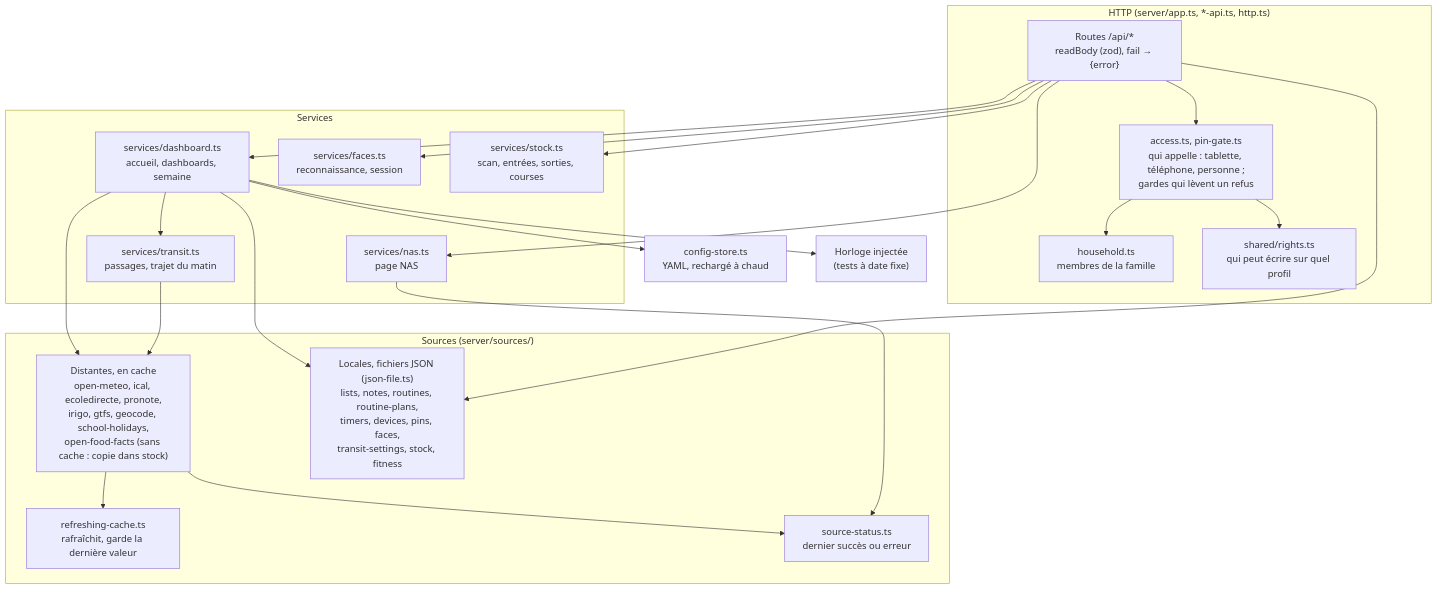
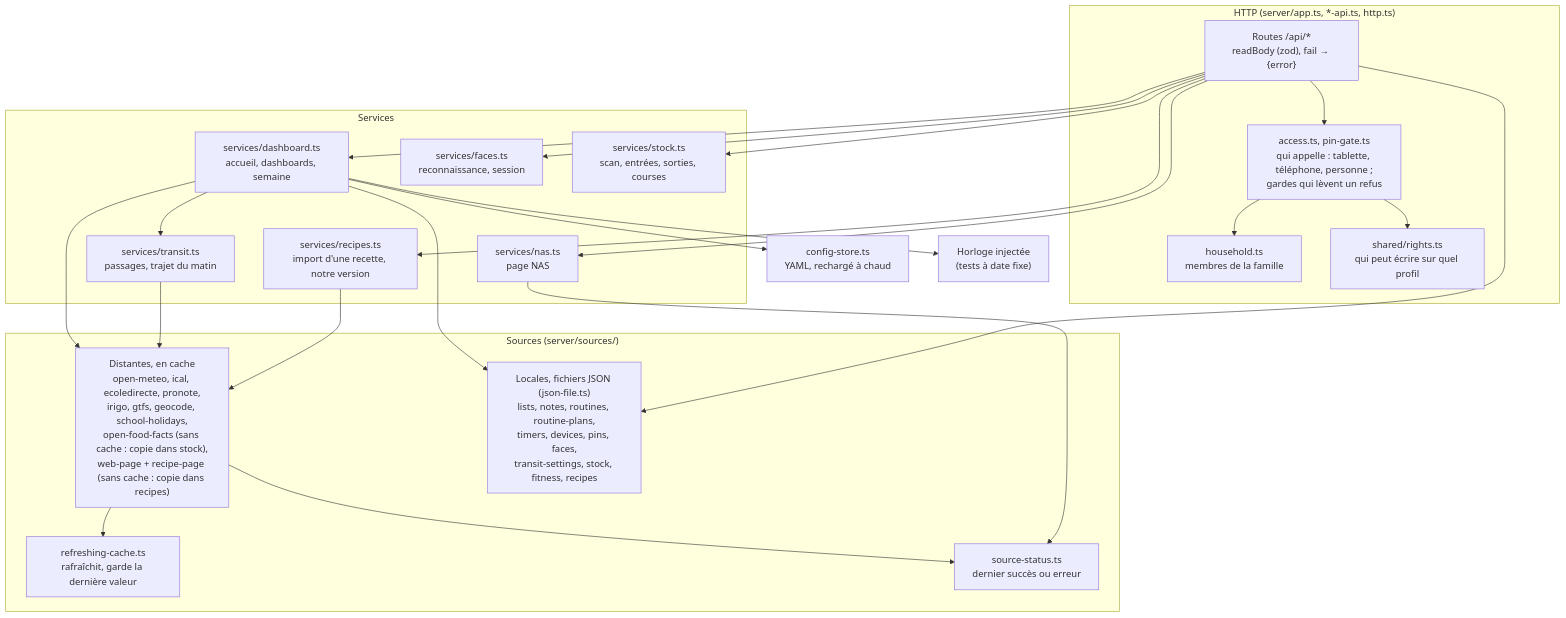
One commit to DeafLight/homehub changed the second of 11 diagrams in docs/architecture.md. Above: the diagram before and after it, drawn with Mermaid. The commit also changed other lines of this file and 80 other files, not shown here.

````diff
--- a/docs/architecture.md
+++ b/docs/architecture.md
@@ -55,36 +56,38 @@
 ```mermaid
 flowchart TB
   subgraph http["HTTP (server/app.ts, *-api.ts, http.ts)"]
     routes["Routes /api/*<br/>readBody (zod), fail → {error}"]
     access["access.ts, pin-gate.ts<br/>qui appelle : tablette, téléphone, personne ;<br/>gardes qui lèvent un refus"]
     household["household.ts<br/>membres de la famille"]
     rights["shared/rights.ts<br/>qui peut écrire sur quel profil"]
   end
   subgraph services["Services"]
     dash["services/dashboard.ts<br/>accueil, dashboards, semaine"]
     transitS["services/transit.ts<br/>passages, trajet du matin"]
     facesS["services/faces.ts<br/>reconnaissance, session"]
     stockS["services/stock.ts<br/>scan, entrées, sorties, courses"]
     nasS["services/nas.ts<br/>page NAS"]
+    recipesS["services/recipes.ts<br/>import d'une recette, notre version"]
   end
   subgraph sources["Sources (server/sources/)"]
-    distant["Distantes, en cache<br/>open-meteo, ical, ecoledirecte, pronote,<br/>irigo, gtfs, geocode, school-holidays,<br/>open-food-facts (sans cache : copie dans stock)"]
-    locales["Locales, fichiers JSON (json-file.ts)<br/>lists, notes, routines, routine-plans,<br/>timers, devices, pins, faces,<br/>transit-settings, stock, fitness"]
+    distant["Distantes, en cache<br/>open-meteo, ical, ecoledirecte, pronote,<br/>irigo, gtfs, geocode, school-holidays,<br/>open-food-facts (sans cache : copie dans stock),<br/>web-page + recipe-page (sans cache : copie dans recipes)"]
+    locales["Locales, fichiers JSON (json-file.ts)<br/>lists, notes, routines, routine-plans,<br/>timers, devices, pins, faces,<br/>transit-settings, stock, fitness, recipes"]
     cache["refreshing-cache.ts<br/>rafraîchit, garde la dernière valeur"]
     status["source-status.ts<br/>dernier succès ou erreur"]
   end
   config["config-store.ts<br/>YAML, rechargé à chaud"]
   horloge["Horloge injectée<br/>(tests à date fixe)"]
 
   routes --> access --> rights
   access --> household
-  routes --> dash & nasS & facesS & stockS
+  routes --> dash & nasS & facesS & stockS & recipesS
+  recipesS --> distant
   dash --> transitS --> distant
   routes --> locales
   dash --> distant & locales
   nasS --> status
   distant --> cache
   distant --> status
   dash --> config
   dash --> horloge
 ```
````
